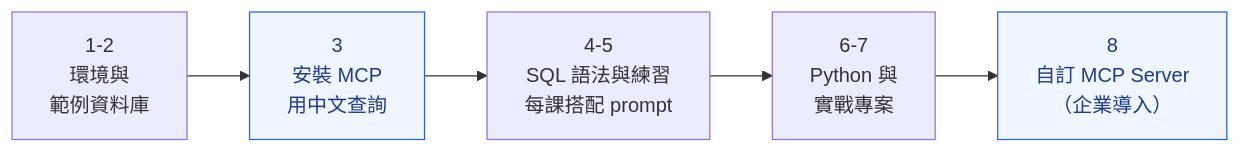
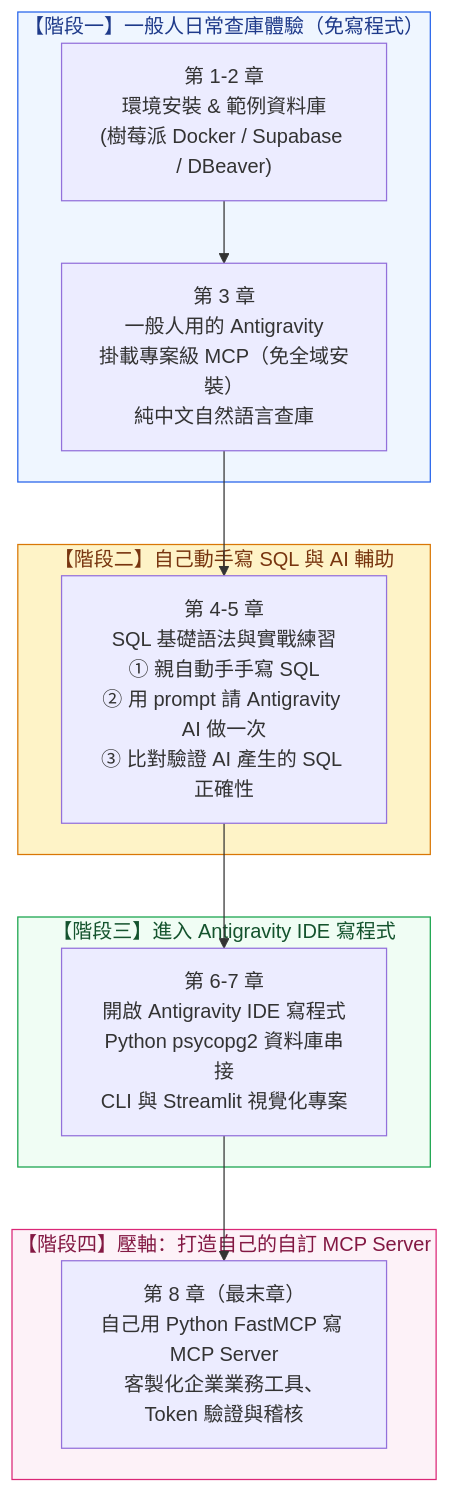
One commit to roberthsu2003/postgreSQL_MCP changed the diagram in README.md. Above: the diagram before and after it, drawn with Mermaid. The commit also changed other lines of this file and 28 other files, not shown here.

Commit message:
docs: add documentation for Raspberry Pi Docker setup, Supabase, and MCP configuration along with SQL course updates

````diff
--- a/README.md
+++ b/README.md
@@ -18,8 +7,27 @@
 ```mermaid
-flowchart LR
-    A["1-2<br/>環境與<br/>範例資料庫"] --> B["3<br/>安裝 MCP<br/>用中文查詢"] --> C["4-5<br/>SQL 語法與練習<br/>每課搭配 prompt"]
-    C --> D["6-7<br/>Python 與<br/>實戰專案"] --> E["8<br/>自訂 MCP Server<br/>（企業導入）"]
+flowchart TD
+    subgraph P1 ["【階段一】一般人日常查庫體驗（免寫程式）"]
+        S1["第 1-2 章<br/>環境安裝 & 範例資料庫<br/>(樹莓派 Docker / Supabase / DBeaver)"] --> S3["第 3 章<br/>一般人用的 Antigravity<br/>掛載專案級 MCP（免全域安裝）<br/>純中文自然語言查庫"]
+    end
 
-    classDef mcp fill:#eff6ff,stroke:#2563eb,color:#1e3a8a
-    class B,E mcp
+    subgraph P2 ["【階段二】自己動手寫 SQL 與 AI 輔助"]
+        S3 --> S4["第 4-5 章<br/>SQL 基礎語法與實戰練習<br/>① 親自動手手寫 SQL<br/>② 用 prompt 請 Antigravity AI 做一次<br/>③ 比對驗證 AI 產生的 SQL 正確性"]
+    end
+
+    subgraph P3 ["【階段三】進入 Antigravity IDE 寫程式"]
+        S4 --> S6["第 6-7 章<br/>開啟 Antigravity IDE 寫程式<br/>Python psycopg2 資料庫串接<br/>CLI 與 Streamlit 視覺化專案"]
+    end
+
+    subgraph P4 ["【階段四】壓軸：打造自己的自訂 MCP Server"]
+        S6 --> S8["第 8 章（最末章）<br/>自己用 Python FastMCP 寫 MCP Server<br/>客製化企業業務工具、Token 驗證與稽核"]
+    end
+
+    classDef p1 fill:#eff6ff,stroke:#2563eb,color:#1e3a8a
+    classDef p2 fill:#fef3c7,stroke:#d97706,color:#78350f
+    classDef p3 fill:#f0fdf4,stroke:#16a34a,color:#14532d
+    classDef p4 fill:#fdf2f8,stroke:#db2777,color:#831843
+    class P1 p1
+    class P2 p2
+    class P3 p3
+    class P4 p4
 ```
````
